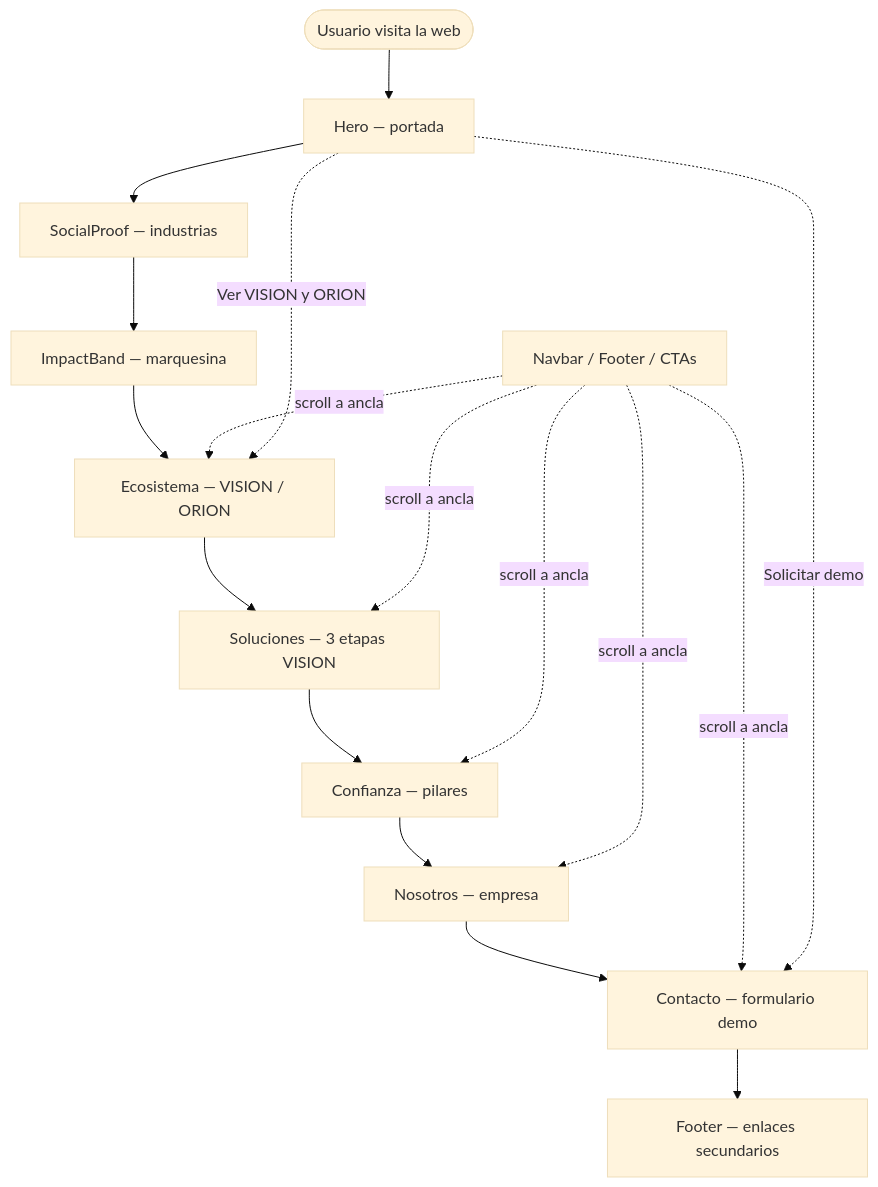
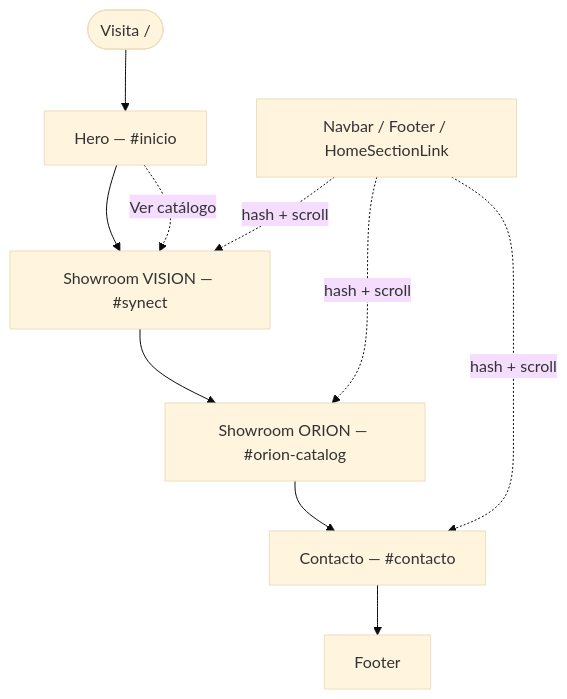
The second of 6 diagrams in docs/DIAGRAMA-FLUJO.md (augusto0111/SynecT), drawn with Mermaid (base theme) before and after one commit. The commit also changed other lines of this file and 3 other files, not shown here.

````diff
--- a/docs/DIAGRAMA-FLUJO.md
+++ b/docs/DIAGRAMA-FLUJO.md
@@ -53,20 +52,13 @@
 ```mermaid
 flowchart TB
-    START([Usuario visita la web]) --> HERO[Hero — portada]
-    HERO --> SP[SocialProof — industrias]
-    SP --> IB[ImpactBand — marquesina]
-    IB --> ECO[Ecosistema — VISION / ORION]
-    ECO --> SOL[Soluciones — 3 etapas VISION]
-    SOL --> TRU[Confianza — pilares]
-    TRU --> ABT[Nosotros — empresa]
-    ABT --> CON[Contacto — formulario demo]
-    CON --> FOOT[Footer — enlaces secundarios]
+    START([Visita /]) --> HERO[Hero — #inicio]
+    HERO --> VISION[Showroom VISION — #synect]
+    VISION --> ORION[Showroom ORION — #orion-catalog]
+    ORION --> CON[Contacto — #contacto]
+    CON --> FOOT[Footer]
 
-    NAV[Navbar / Footer / CTAs] -.->|scroll a ancla| ECO
-    NAV -.->|scroll a ancla| SOL
-    NAV -.->|scroll a ancla| TRU
-    NAV -.->|scroll a ancla| ABT
-    NAV -.->|scroll a ancla| CON
-    HERO -.->|Solicitar demo| CON
-    HERO -.->|Ver VISION y ORION| ECO
+    NAV[Navbar / Footer / HomeSectionLink] -.->|hash + scroll| VISION
+    NAV -.->|hash + scroll| ORION
+    NAV -.->|hash + scroll| CON
+    HERO -.->|Ver catálogo| VISION
 ```
````
